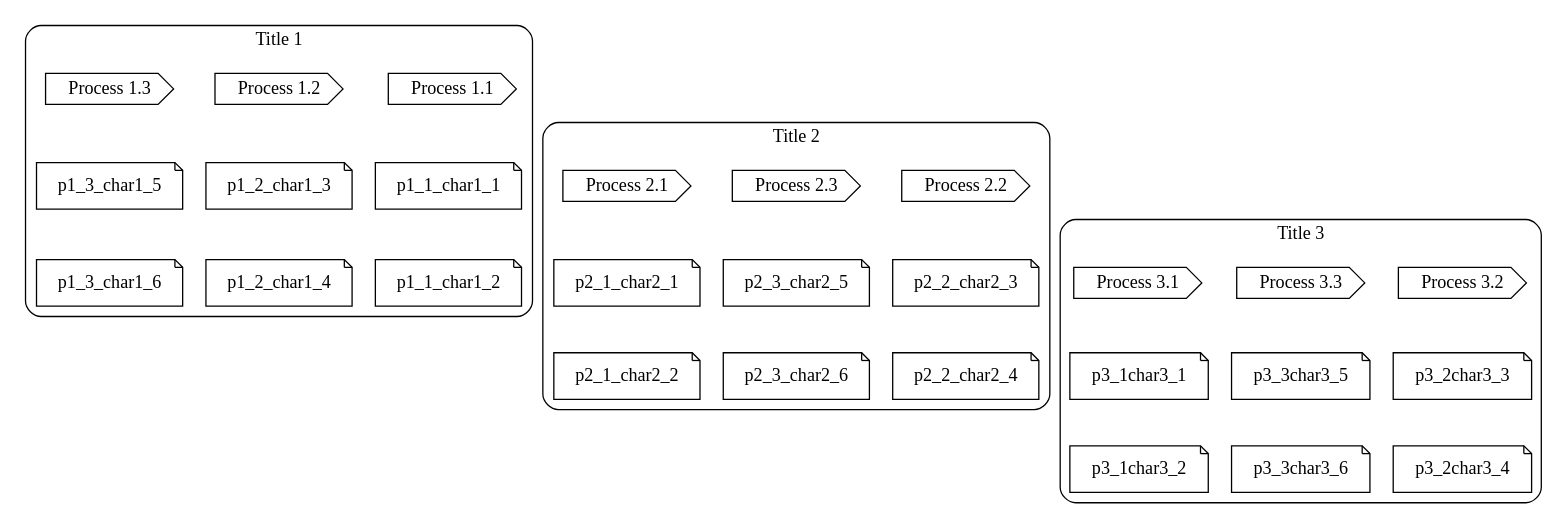
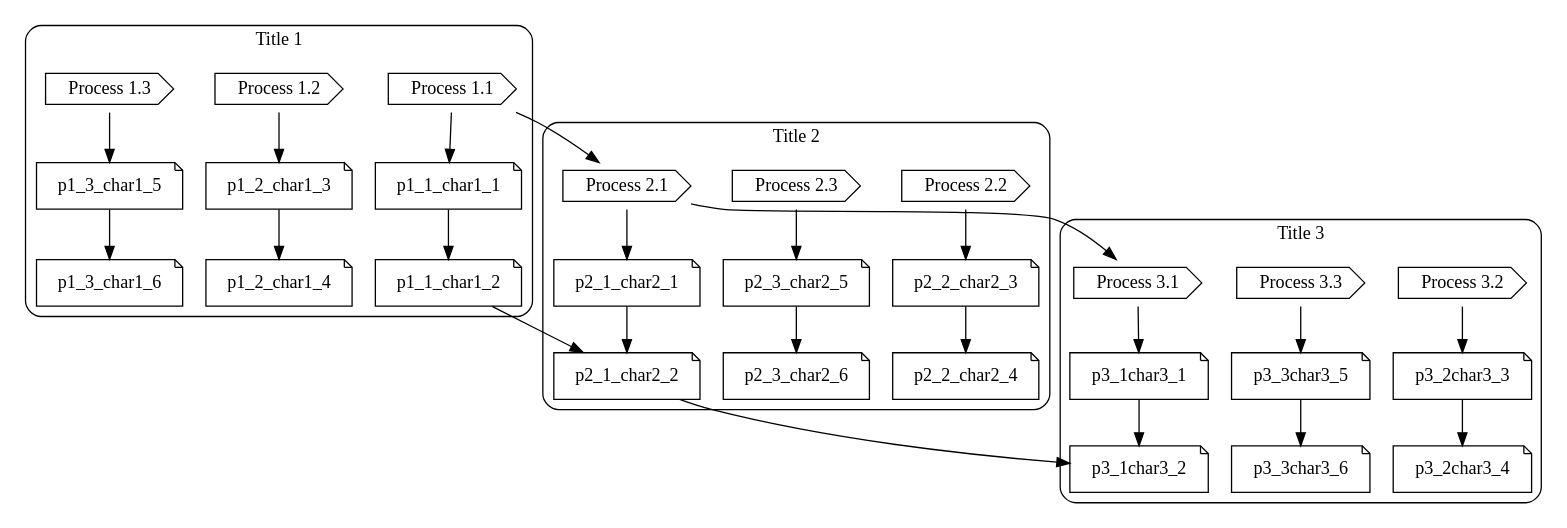
The diagram in dotFiles/modelDiagram.dot (almanzamarfrancisco/usMapping), drawn with Graphviz before and after one commit. The commit also changed 5 other files, not shown here.

Commit message:
:construction: Progress: Sense of processes fixed, not bind user histories considered on other diagram, color added

```diff
--- a/dotFiles/modelDiagram.dot
+++ b/dotFiles/modelDiagram.dot
@@ -1,67 +1,67 @@
 digraph G {
     rankdir = TB;
     // Top to bottom layout
     
     node [shape = box; style = rounded;];
     // Rounded rectangles for titles
     subgraph cluster_title1 {
         label = "Title 1";
         style = "filled, rounded";
         // Fill the background
         fillcolor = white;
         // Specify the fill color
         rankdir = TB;
         // Top to bottom layout
         node [shape = cds;];
         process1_1 [label = "Process 1.1";];
         process1_2 [label = "Process 1.2";];
         process1_3 [label = "Process 1.3";];
         node [shape = note;];
-        process1_1 -> p1_1_char1_1 -> p1_1_char1_2 [style = "invis";];
-        process1_2 -> p1_2_char1_3 -> p1_2_char1_4 [style = "invis";];
-        process1_3 -> p1_3_char1_5 -> p1_3_char1_6 [style = "invis";];
+        process1_1 -> p1_1_char1_1 -> p1_1_char1_2 [style = "";];
+        process1_2 -> p1_2_char1_3 -> p1_2_char1_4 [style = "";];
+        process1_3 -> p1_3_char1_5 -> p1_3_char1_6 [style = "";];
     }
     
     subgraph cluster_title2 {
         label = "Title 2";
         style = "filled, rounded";
         // Fill the background
         fillcolor = white;
         // Specify the fill color
         rankdir = TB;
         // Top to bottom layout
         node [shape = cds;];
         process2_1 [label = "Process 2.1";];
         process2_2 [label = "Process 2.2";];
         process2_3 [label = "Process 2.3";];
         node [shape = note;];
-        process2_1 -> p2_1_char2_1 -> p2_1_char2_2 [style = "invis";];
-        process2_2 -> p2_2_char2_3 -> p2_2_char2_4 [style = "invis";];
-        process2_3 -> p2_3_char2_5 -> p2_3_char2_6 [style = "invis";];
+        process2_1 -> p2_1_char2_1 -> p2_1_char2_2 [style = "";];
+        process2_2 -> p2_2_char2_3 -> p2_2_char2_4 [style = "";];
+        process2_3 -> p2_3_char2_5 -> p2_3_char2_6 [style = "";];
     }
     
     subgraph cluster_title3 {
         label = "Title 3";
         style = "filled, rounded";
         // Fill the background
         fillcolor = white;
         // Specify the fill color
         rankdir = TB;
         // Top to bottom layout
         node [shape = cds;];
         process3_1 [label = "Process 3.1";];
         process3_2 [label = "Process 3.2";];
         process3_3 [label = "Process 3.3";];
         node [shape = note;];
-        process3_1 -> p3_1char3_1 -> p3_1char3_2 [style = "invis";];
-        process3_2 -> p3_2char3_3 -> p3_2char3_4 [style = "invis";];
-        process3_3 -> p3_3char3_5 -> p3_3char3_6 [style = "invis";];
+        process3_1 -> p3_1char3_1 -> p3_1char3_2 [style = "";];
+        process3_2 -> p3_2char3_3 -> p3_2char3_4 [style = "";];
+        process3_3 -> p3_3char3_5 -> p3_3char3_6 [style = "";];
     }
     
     // Edge between titles
-    process1_1 -> process2_1 [style = "invis";];
-    process2_1 -> process3_1 [style = "invis";];
+    process1_1 -> process2_1 [style = "";];
+    process2_1 -> process3_1 [style = "";];
     
     // Edge between processes
-    p1_1_char1_2 -> p2_1_char2_2 -> p3_1char3_2 [style = "invis";];
+    p1_1_char1_2 -> p2_1_char2_2 -> p3_1char3_2 [style = "";];
 }
```
